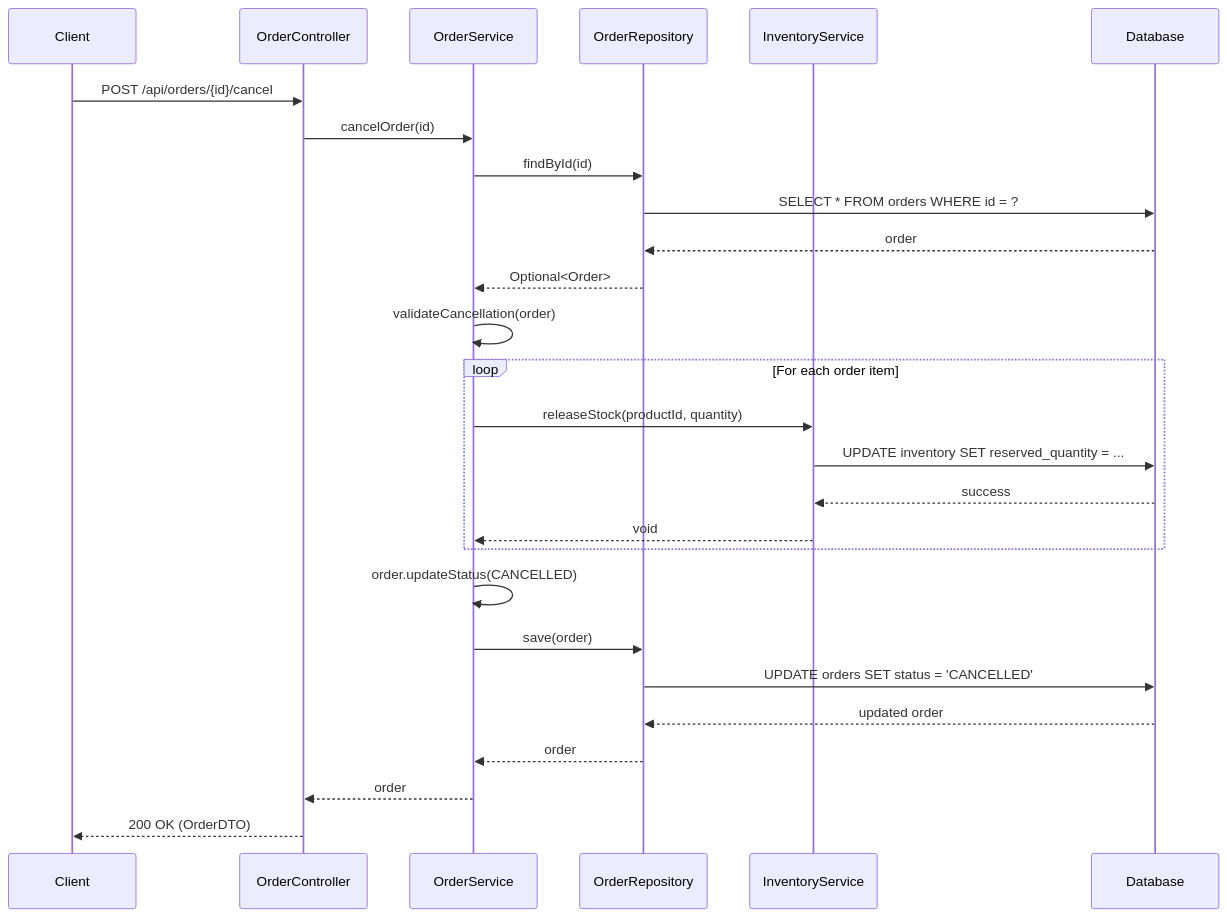
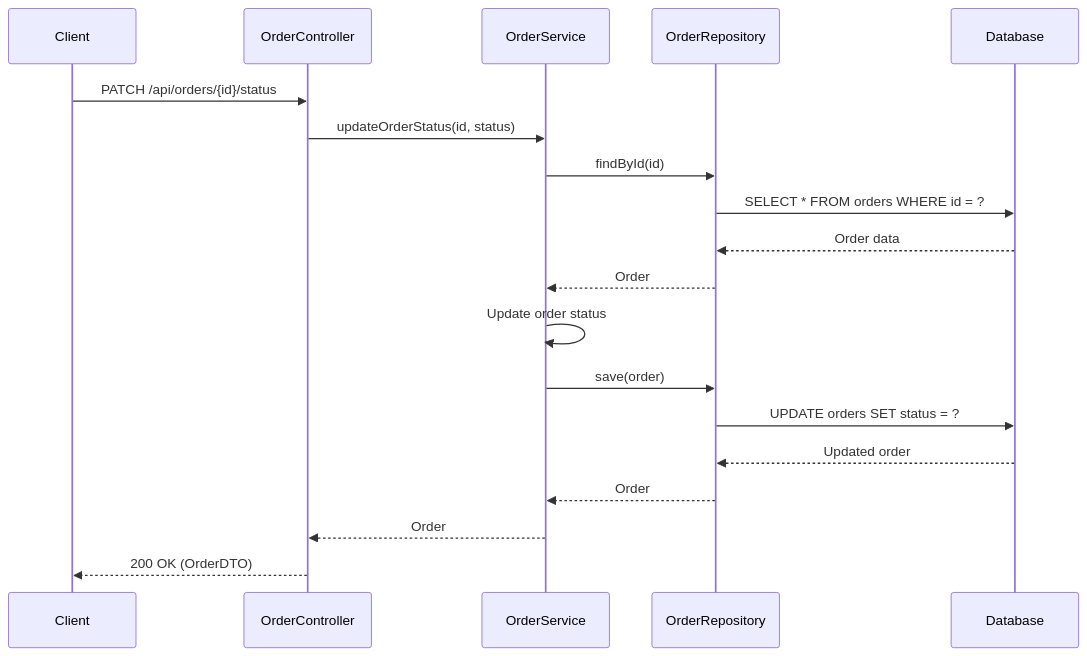
Before and after one commit to NavneetBN47/aava-ecom-demo: the ninth of 13 diagrams in docs/LLD/modified_lld.md, drawn with Mermaid. The commit also changed other lines of this file, not shown here.

````diff
--- a/docs/LLD/modified_lld.md
+++ b/docs/LLD/modified_lld.md
@@ -480,32 +424,22 @@
 ```mermaid
 sequenceDiagram
     participant Client
     participant OrderController
     participant OrderService
     participant OrderRepository
-    participant InventoryService
     participant Database
 
-    Client->>OrderController: POST /api/orders/{id}/cancel
-    OrderController->>OrderService: cancelOrder(id)
+    Client->>OrderController: PATCH /api/orders/{id}/status
+    OrderController->>OrderService: updateOrderStatus(id, status)
     OrderService->>OrderRepository: findById(id)
     OrderRepository->>Database: SELECT * FROM orders WHERE id = ?
-    Database-->>OrderRepository: order
-    OrderRepository-->>OrderService: Optional<Order>
-    OrderService->>OrderService: validateCancellation(order)
-    
-    loop For each order item
-        OrderService->>InventoryService: releaseStock(productId, quantity)
-        InventoryService->>Database: UPDATE inventory SET reserved_quantity = ...
-        Database-->>InventoryService: success
-        InventoryService-->>OrderService: void
-    end
-    
-    OrderService->>OrderService: order.updateStatus(CANCELLED)
+    Database-->>OrderRepository: Order data
+    OrderRepository-->>OrderService: Order
+    OrderService->>OrderService: Update order status
     OrderService->>OrderRepository: save(order)
-    OrderRepository->>Database: UPDATE orders SET status = 'CANCELLED'
-    Database-->>OrderRepository: updated order
-    OrderRepository-->>OrderService: order
-    OrderService-->>OrderController: order
+    OrderRepository->>Database: UPDATE orders SET status = ?
+    Database-->>OrderRepository: Updated order
+    OrderRepository-->>OrderService: Order
+    OrderService-->>OrderController: Order
     OrderController-->>Client: 200 OK (OrderDTO)
 ```
````
